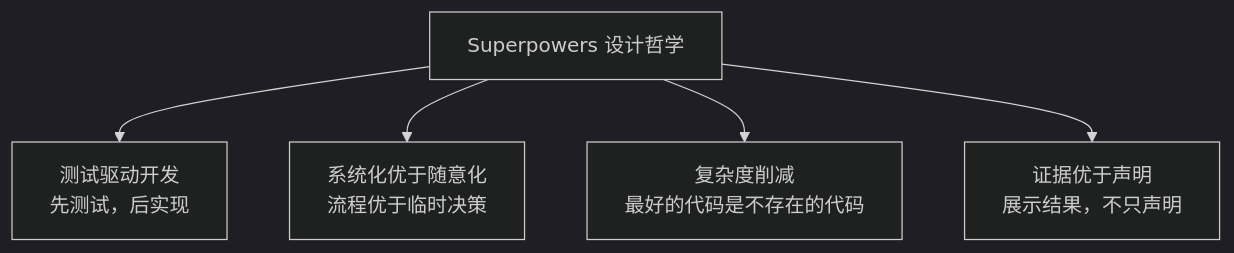
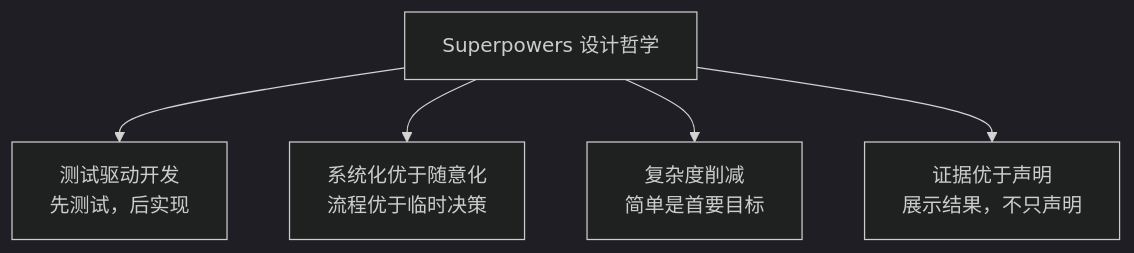
Before and after one commit to yongnianliu/superpowers: the second of 3 diagrams in docs/zh/01-overview.md, drawn with Mermaid (dark theme). The commit also changed other lines of this file and 12 other files, not shown here.

````diff
--- a/docs/zh/01-overview.md
+++ b/docs/zh/01-overview.md
@@ -35,8 +35,8 @@
 ```mermaid
 graph TB
     SP[Superpowers 设计哲学]
     SP --> TDD[测试驱动开发<br/>先测试，后实现]
     SP --> SYS[系统化优于随意化<br/>流程优于临时决策]
-    SP --> RED[复杂度削减<br/>最好的代码是不存在的代码]
+    SP --> RED[复杂度削减<br/>简单是首要目标]
     SP --> EVI[证据优于声明<br/>展示结果，不只声明]
 ```
````
